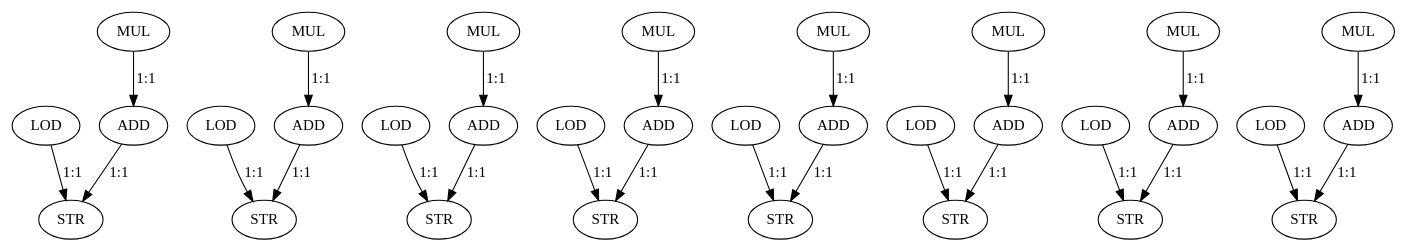
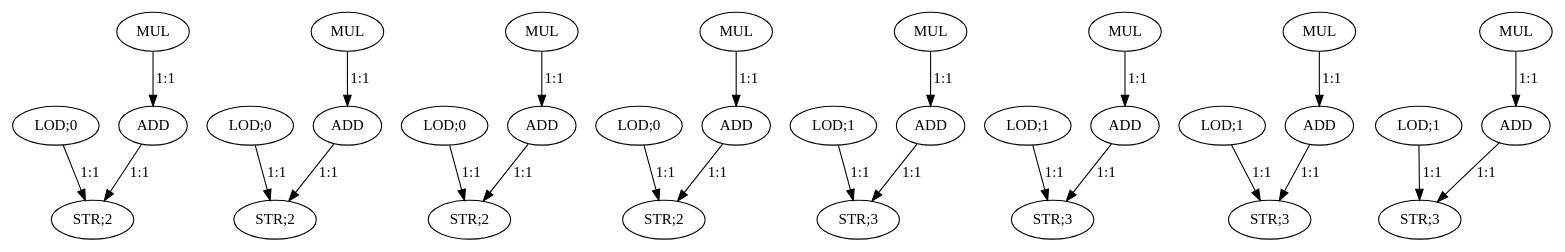
Before and after one commit to nikhilsambhus/DFGprop: the diagram in large_dfgs/Express_loadUpward/mpeg_idct.dot, drawn with Graphviz. The commit also changed 16 other files, not shown here.

```diff
--- a/large_dfgs/Express_loadUpward/mpeg_idct.dot
+++ b/large_dfgs/Express_loadUpward/mpeg_idct.dot
@@ -1,59 +1,59 @@
 digraph  {
-   0 [label="LOD"];
+   0 [label="LOD;0"];
    1 [label="MUL"];
    2 [label="ADD"];
-   3 [label="STR"];
-   4 [label="LOD"];
+   3 [label="STR;2"];
+   4 [label="LOD;0"];
    5 [label="MUL"];
    6 [label="ADD"];
-   7 [label="STR"];
-   8 [label="LOD"];
+   7 [label="STR;2"];
+   8 [label="LOD;0"];
    9 [label="MUL"];
    10 [label="ADD"];
-   11 [label="STR"];
-   12 [label="LOD"];
+   11 [label="STR;2"];
+   12 [label="LOD;0"];
    13 [label="MUL"];
    14 [label="ADD"];
-   15 [label="STR"];
-   16 [label="LOD"];
+   15 [label="STR;2"];
+   16 [label="LOD;1"];
    17 [label="MUL"];
    18 [label="ADD"];
-   19 [label="STR"];
-   20 [label="LOD"];
+   19 [label="STR;3"];
+   20 [label="LOD;1"];
    21 [label="MUL"];
    22 [label="ADD"];
-   23 [label="STR"];
-   24 [label="LOD"];
+   23 [label="STR;3"];
+   24 [label="LOD;1"];
    25 [label="MUL"];
    26 [label="ADD"];
-   27 [label="STR"];
-   28 [label="LOD"];
+   27 [label="STR;3"];
+   28 [label="LOD;1"];
    29 [label="MUL"];
    30 [label="ADD"];
-   31 [label="STR"];
+   31 [label="STR;3"];
 
-   0->3 [label="1:1"]
-   1->2 [label="1:1"]
-   2->3 [label="1:1"]
-   4->7 [label="1:1"]
-   5->6 [label="1:1"]
-   6->7 [label="1:1"]
-   8->11 [label="1:1"]
-   9->10 [label="1:1"]
-   10->11 [label="1:1"]
-   12->15 [label="1:1"]
-   13->14 [label="1:1"]
-   14->15 [label="1:1"]
-   16->19 [label="1:1"]
-   17->18 [label="1:1"]
-   18->19 [label="1:1"]
-   20->23 [label="1:1"]
-   21->22 [label="1:1"]
-   22->23 [label="1:1"]
-   24->27 [label="1:1"]
-   25->26 [label="1:1"]
-   26->27 [label="1:1"]
-   28->31 [label="1:1"]
-   29->30 [label="1:1"]
-   30->31 [label="1:1"]
+   0->3 [label="1:1"];
+   1->2 [label="1:1"];
+   2->3 [label="1:1"];
+   4->7 [label="1:1"];
+   5->6 [label="1:1"];
+   6->7 [label="1:1"];
+   8->11 [label="1:1"];
+   9->10 [label="1:1"];
+   10->11 [label="1:1"];
+   12->15 [label="1:1"];
+   13->14 [label="1:1"];
+   14->15 [label="1:1"];
+   16->19 [label="1:1"];
+   17->18 [label="1:1"];
+   18->19 [label="1:1"];
+   20->23 [label="1:1"];
+   21->22 [label="1:1"];
+   22->23 [label="1:1"];
+   24->27 [label="1:1"];
+   25->26 [label="1:1"];
+   26->27 [label="1:1"];
+   28->31 [label="1:1"];
+   29->30 [label="1:1"];
+   30->31 [label="1:1"];
 }
```
